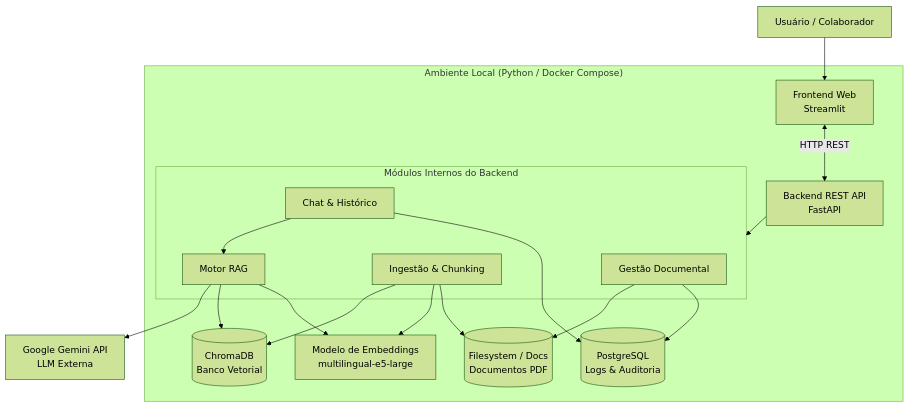
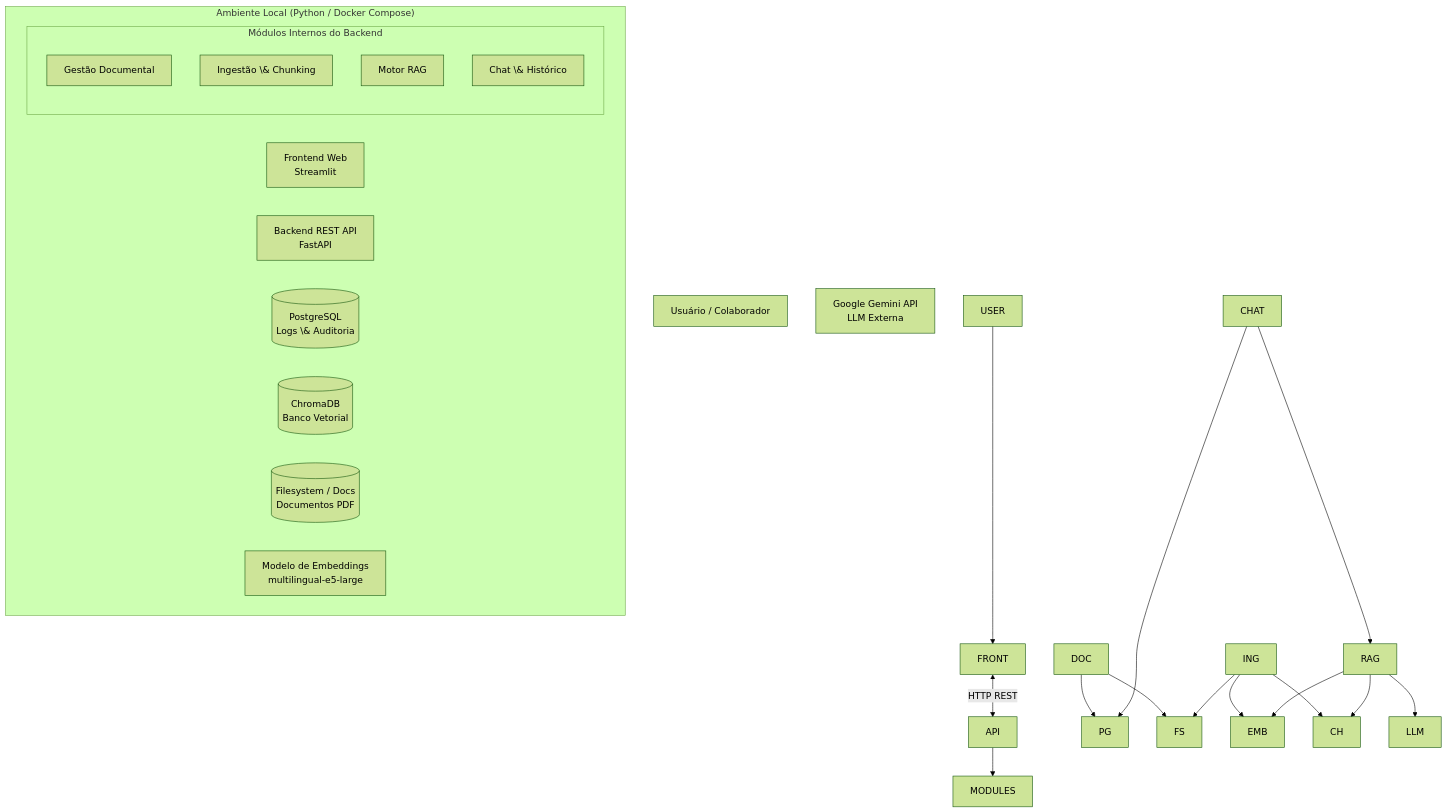
The diagram in README.md (Elfarias/knowledgehub-ai), drawn with Mermaid (forest theme) before and after one commit. The commit also changed other lines of this file, not shown here.

Commit message:
Inclusão Roadmap de Evolução e Autor & Desenvolvimento

````diff
--- a/README.md
+++ b/README.md
@@ -25,42 +25,42 @@
 ```mermaid
 flowchart TB
-    USER[Usuário / Colaborador]
+    USER\[Usuário / Colaborador]
 
-    subgraph LOCAL["Ambiente Local (Python / Docker Compose)"]
-        FRONT[Frontend Web<br/>Streamlit]
-        API[Backend REST API<br/>FastAPI]
+    subgraph LOCAL\["Ambiente Local (Python / Docker Compose)"]
+        FRONT\[Frontend Web<br/>Streamlit]
+        API\[Backend REST API<br/>FastAPI]
 
-        subgraph MODULES["Módulos Internos do Backend"]
-            DOC[Gestão Documental]
-            ING[Ingestão & Chunking]
-            RAG[Motor RAG]
-            CHAT[Chat & Histórico]
+        subgraph MODULES\["Módulos Internos do Backend"]
+            DOC\[Gestão Documental]
+            ING\[Ingestão \& Chunking]
+            RAG\[Motor RAG]
+            CHAT\[Chat \& Histórico]
         end
 
-        PG[(PostgreSQL<br/>Logs & Auditoria)]
-        CH[(ChromaDB<br/>Banco Vetorial)]
-        FS[(Filesystem / Docs<br/>Documentos PDF)]
+        PG\[(PostgreSQL<br/>Logs \& Auditoria)]
+        CH\[(ChromaDB<br/>Banco Vetorial)]
+        FS\[(Filesystem / Docs<br/>Documentos PDF)]
 
-        EMB[Modelo de Embeddings<br/>multilingual-e5-large]
+        EMB\[Modelo de Embeddings<br/>multilingual-e5-large]
     end
 
-    LLM[Google Gemini API<br/>LLM Externa]
+    LLM\[Google Gemini API<br/>LLM Externa]
 
     USER --> FRONT
     FRONT <-->|HTTP REST| API
     API --> MODULES
 
     DOC --> PG
     DOC --> FS
 
     ING --> FS
     ING --> EMB
     ING --> CH
 
     RAG --> EMB
     RAG --> CH
     RAG --> LLM
 
     CHAT --> PG
     CHAT --> RAG
 ```
````
